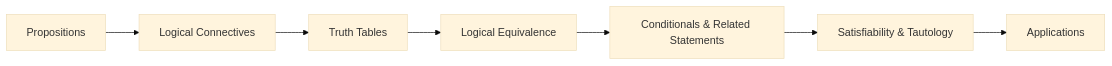
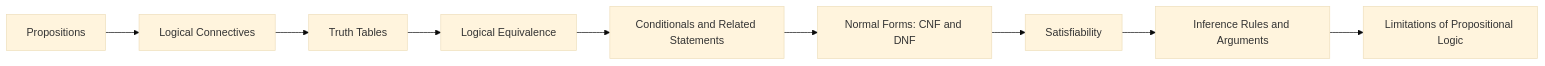
One commit to Raushan666java/ai-engineering-journey changed the first of 2 diagrams in docs/courses/discrete-mathematics/02-logic.md. Above: the diagram before and after it, drawn with Mermaid (base theme). The commit also changed other lines of this file and 62 other files, not shown here.

````diff
--- a/docs/courses/discrete-mathematics/02-logic.md
+++ b/docs/courses/discrete-mathematics/02-logic.md
@@ -32,9 +37,11 @@
 ```mermaid
 flowchart LR
     A[Propositions] --> B[Logical Connectives]
     B --> C[Truth Tables]
     C --> D[Logical Equivalence]
-    D --> E[Conditionals & Related Statements]
-    E --> F[Satisfiability & Tautology]
-    F --> G[Applications]
+    D --> E[Conditionals and Related Statements]
+    E --> F[Normal Forms: CNF and DNF]
+    F --> G[Satisfiability]
+    G --> H[Inference Rules and Arguments]
+    H --> I[Limitations of Propositional Logic]
 ```
````
